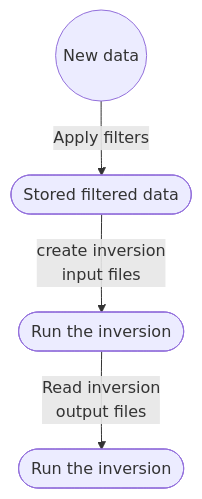
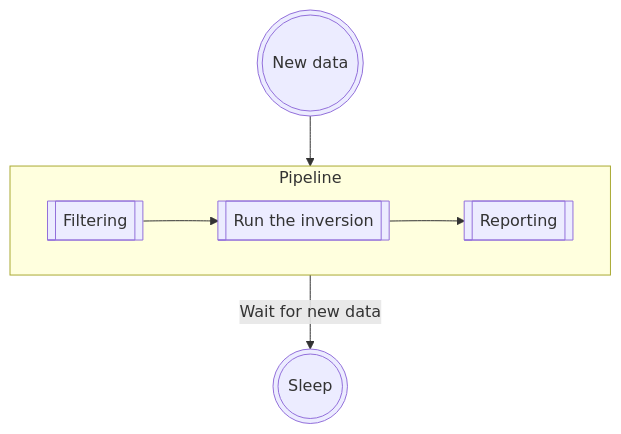
One commit to anivorlis/GeMonPy changed the first of 4 diagrams in diagram/dataflow.md. Above: the diagram before and after it, drawn with Mermaid. The commit also changed other lines of this file, not shown here.

Commit message:
updated diagram

````diff
--- a/diagram/dataflow.md
+++ b/diagram/dataflow.md
@@ -2,8 +2,19 @@
 ```mermaid
-graph TB;
-  A((New data)) --> |Apply filters| B[/Stored filtered data/]
-  B([Stored filtered data]) --> |create inversion \ninput files| C([Run the inversion])
-  C([Run the inversion]) --> |Read inversion \noutput files| D([Run the inversion])
+graph TD;
 
-  style B shape:trapezoid
+    subgraph Pipeline
+        
+        B[[Filtering]]
+        B --> C[[Run the inversion]]
+        C --> D[[Reporting]]
+    end
+
+
+    A(((New data))) --> Pipeline
+    Pipeline --> |Wait for new data| E(((Sleep)))
+
+
+
+
+
 ```
````
